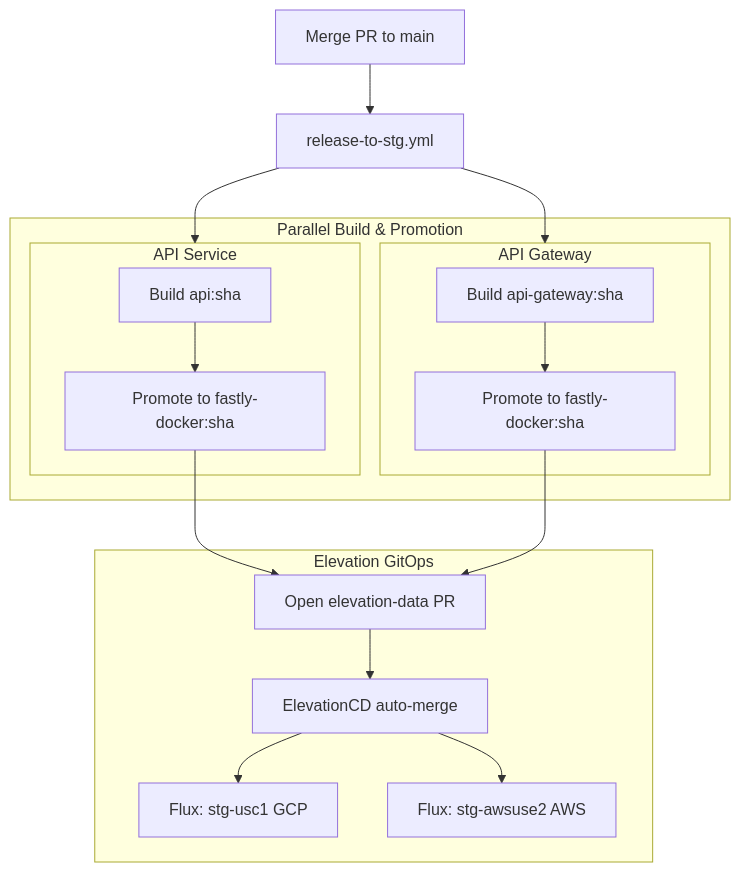
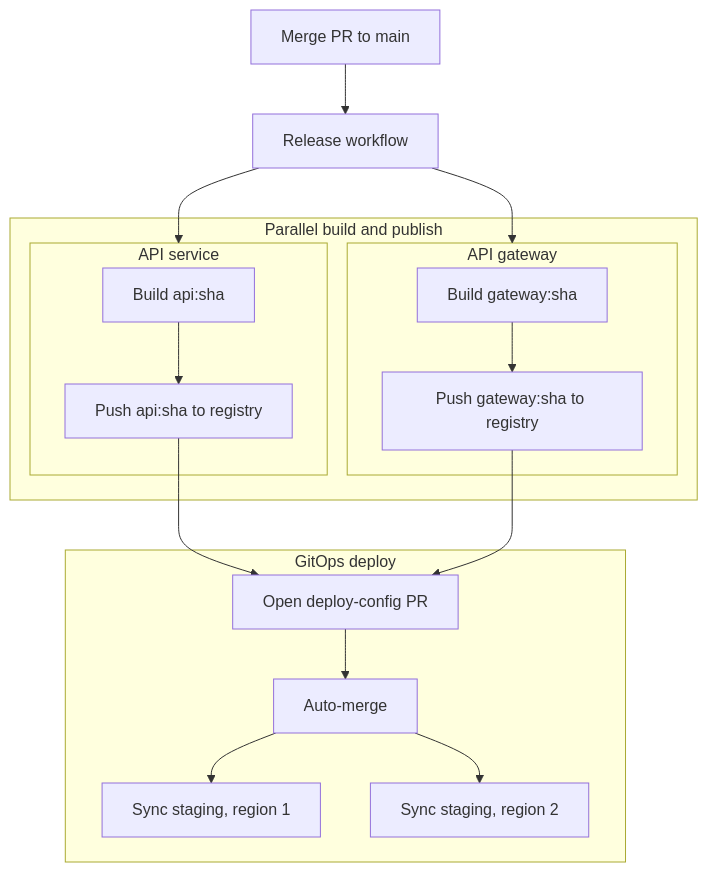
One commit to Integralist/agent-skills changed the second of 2 diagrams in .agents/skills/conventions-mermaid/SKILL.md. Above: the diagram before and after it, drawn with Mermaid. The commit also changed other lines of this file and 1 other file, not shown here.

First line of the commit message:
docs(conventions-mermaid): fold syntax, layout, and validation into short sections so the skill reads in one pass

````diff
--- a/.agents/skills/conventions-mermaid/SKILL.md
+++ b/.agents/skills/conventions-mermaid/SKILL.md
@@ -160,25 +31,25 @@
 ```mermaid
 flowchart TD
-    A[Merge PR to main] --> B[release-to-stg.yml]
+    A[Merge PR to main] --> B[Release workflow]
 
-    subgraph BuildPromotion["Parallel Build & Promotion"]
-        subgraph Svc["API Service"]
-            C1[Build api:sha] --> C2[Promote to fastly-docker:sha]
+    subgraph Build["Parallel build and publish"]
+        subgraph Svc["API service"]
+            C1[Build api:sha] --> C2[Push api:sha to registry]
         end
-        subgraph Gtw["API Gateway"]
-            D1[Build api-gateway:sha] --> D2[Promote to fastly-docker:sha]
+        subgraph Gtw["API gateway"]
+            D1[Build gateway:sha] --> D2[Push gateway:sha to registry]
         end
     end
 
     B --> Svc
     B --> Gtw
 
-    subgraph GitOps["Elevation GitOps"]
-        E[Open elevation-data PR] --> F[ElevationCD auto-merge]
-        F --> G1[Flux: stg-usc1 GCP]
-        F --> G2[Flux: stg-awsuse2 AWS]
+    subgraph Deploy["GitOps deploy"]
+        E[Open deploy-config PR] --> F[Auto-merge]
+        F --> G1[Sync staging, region 1]
+        F --> G2[Sync staging, region 2]
     end
 
     C2 --> E
     D2 --> E
 ```
````
